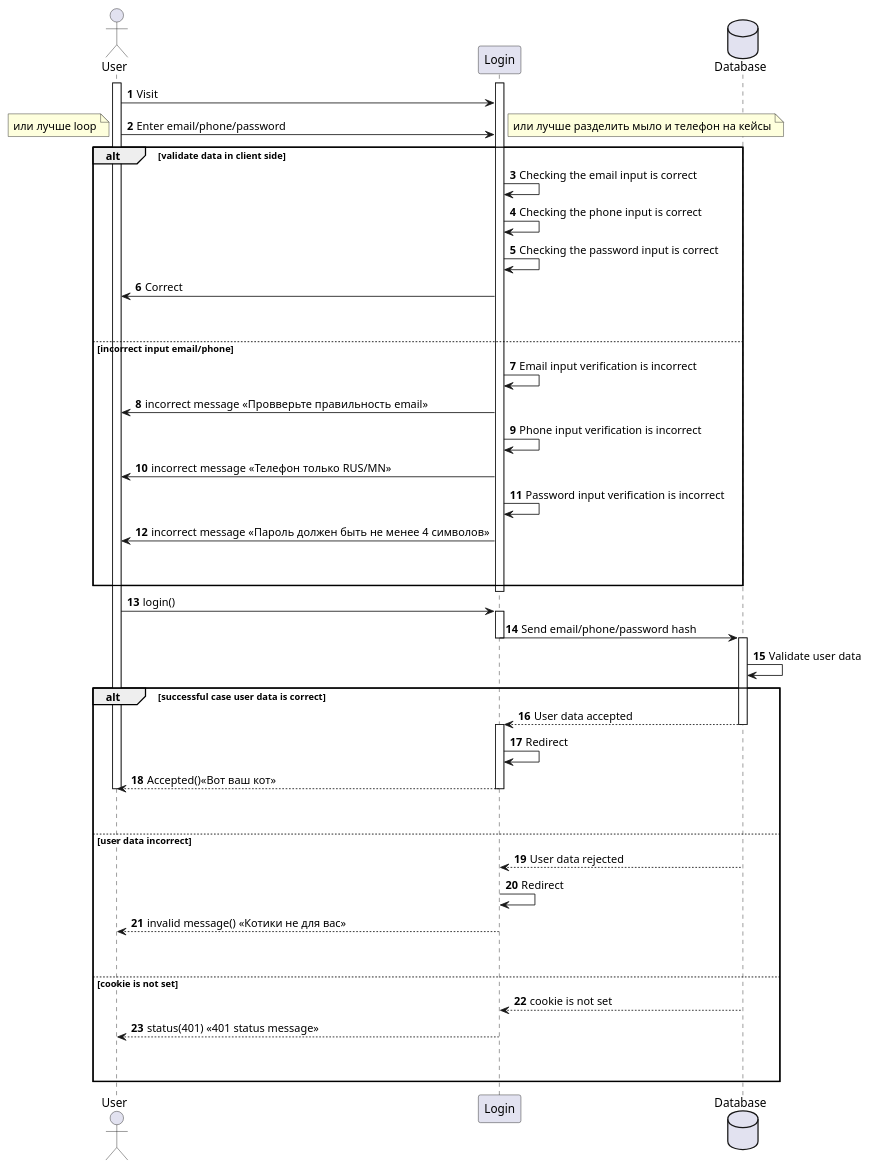
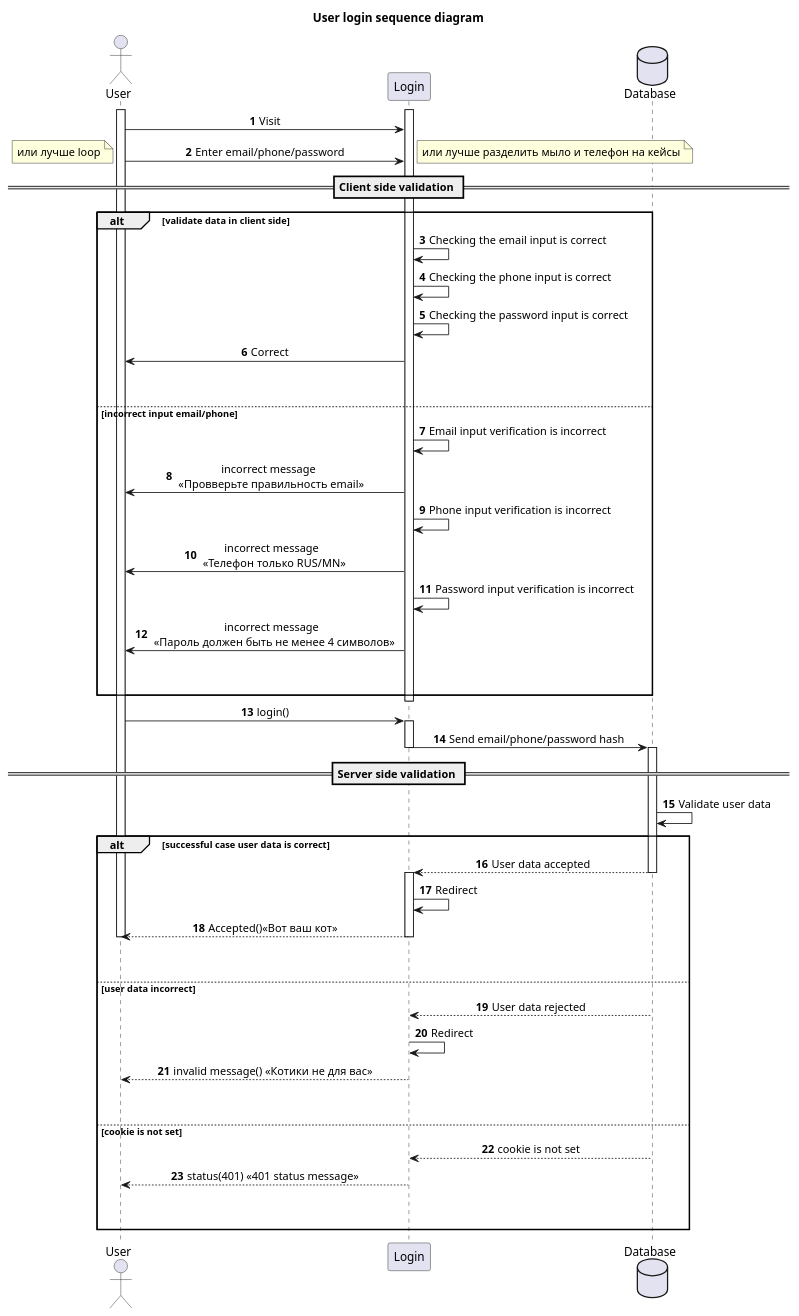
The diagram in Sucsessful_unsucsessful UML.puml (godoxyfair/igumenova_rmr_hw_server), drawn with PlantUML before and after one commit.

Commit message:
(un)successful case in progress (need hints)

```diff
--- a/Sucsessful_unsucsessful UML.puml
+++ b/Sucsessful_unsucsessful UML.puml
@@ -1,57 +1,66 @@
 @startuml
 'https://plantuml.com/sequence-diagram
 
 autonumber
+title User login sequence diagram
 actor User
 participant Login
 database  Database
 activate User
 activate Login
+
+skinparam sequenceMessageAlign center
+
 User -> Login: Visit
 User -> Login : Enter email/phone/password
+== Client side validation ==
 note left: или лучше loop
 note right: или лучше разделить мыло и телефон на кейсы
 alt validate data in client side
     Login -> Login: Checking the email input is correct
     Login -> Login: Checking the phone input is correct
     Login -> Login: Checking the password input is correct
     Login -> User: Correct
 ||45||
 else incorrect input email/phone
     Login -> Login: Email input verification is incorrect
-    Login -> User: incorrect message <<Провверьте правильность email>>
+    Login -> User: incorrect message \n <<Провверьте правильность email>>
     Login -> Login: Phone input verification is incorrect
-    Login -> User: incorrect message <<Телефон только RUS/MN>>
+    Login -> User: incorrect message \n <<Телефон только RUS/MN>>
     Login -> Login: Password input verification is incorrect
-    Login -> User: incorrect message <<Пароль должен быть не менее 4 символов>>
+    Login -> User: incorrect message \n <<Пароль должен быть не менее 4 символов>>
 ||45||
 end
+
 deactivate Login
 User -> Login : login()
+
 activate Login
 Login -> Database: Send email/phone/password hash
+== Server side validation ==
 deactivate Login
+
 activate Database
 Database -> Database: Validate user data
 
 alt successful case user data is correct
     Database --> Login : User data accepted
     deactivate Database
     activate Login
     Login -> Login : Redirect
     Login --> User: Accepted()<<Вот ваш кот>>
     deactivate Login
     deactivate User
 ||45||
 else user data incorrect
     Database --> Login: User data rejected
     Login -> Login: Redirect
     Login --> User: invalid message() <<Котики не для вас>>
 ||45||
 else cookie is not set
     Database --> Login: cookie is not set
     Login --> User: status(401) <<401 status message>>
 ||45||
 end
 
 @enduml
```
